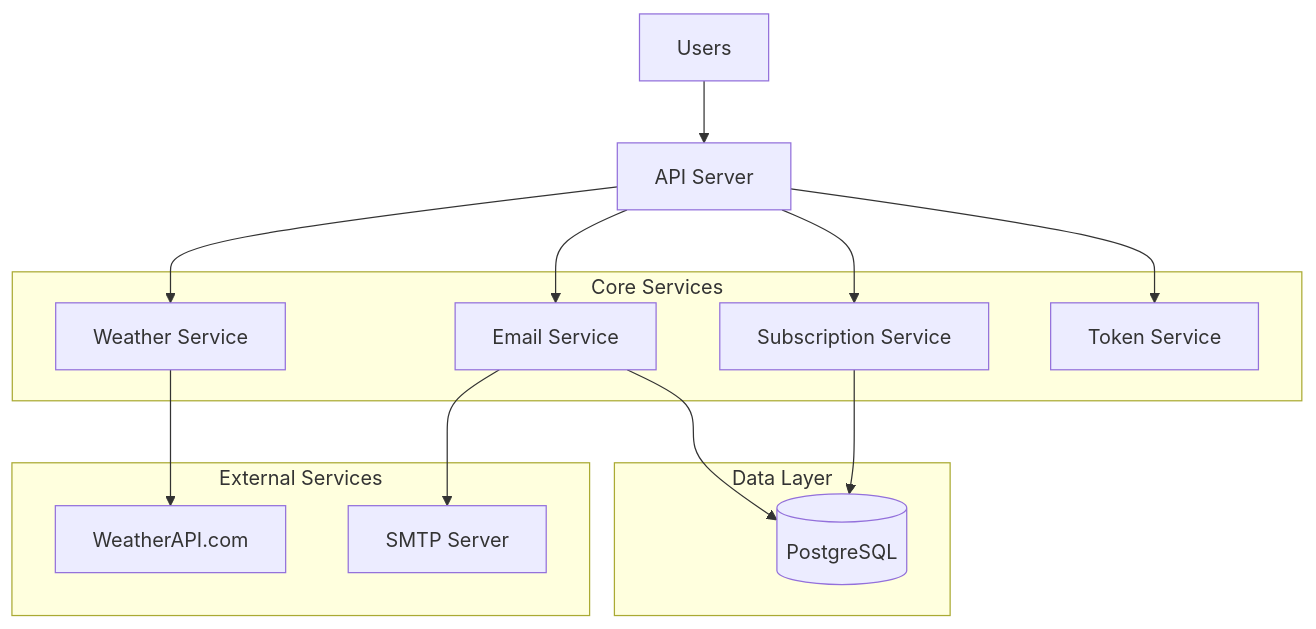
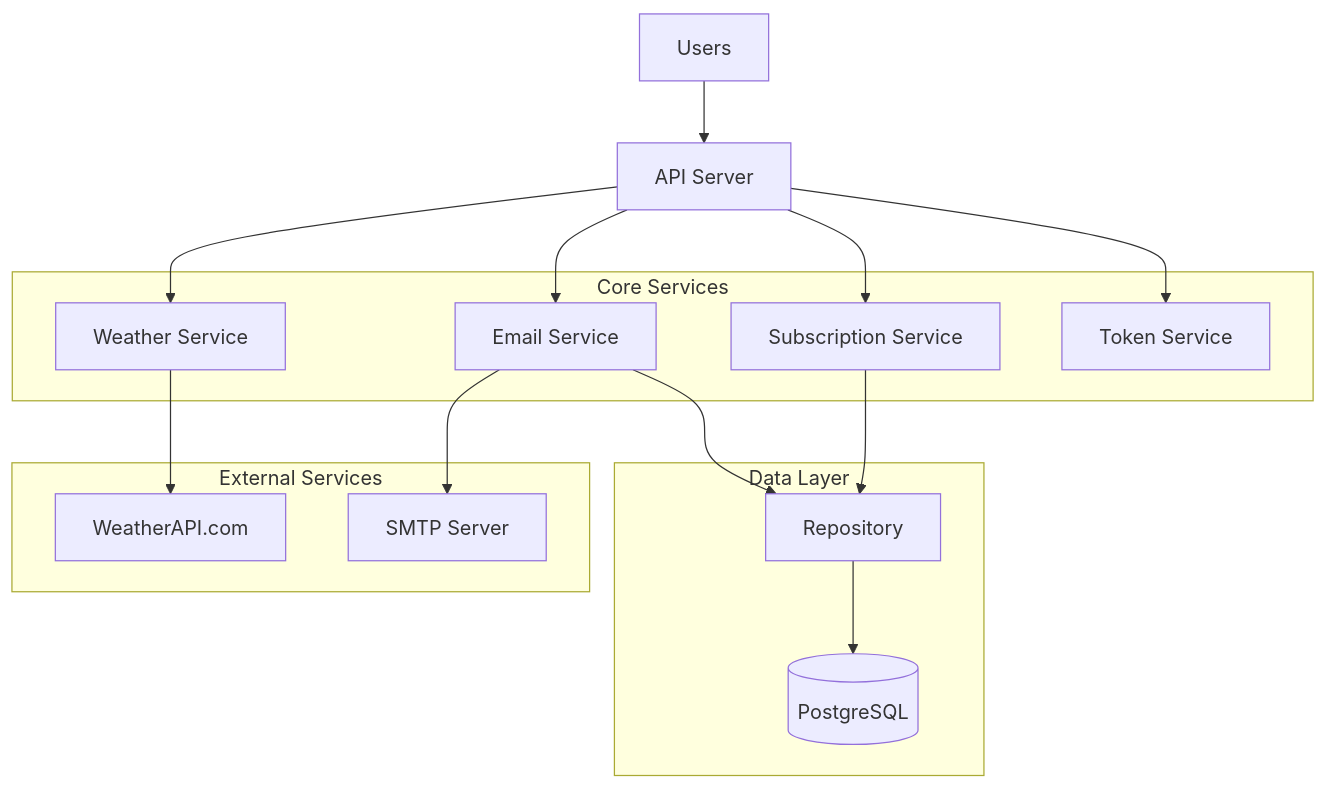
The first of 5 diagrams in docs/system-design.md (GenesisEducationKyiv/software-engineering-school-5-0-YuliiaAndreieva), drawn with Mermaid before and after one commit. The commit also changed other lines of this file, not shown here.

Commit message:
feat: updated diagrams in system design doc

````diff
--- a/docs/system-design.md
+++ b/docs/system-design.md
@@ -52,21 +52,27 @@
 ```mermaid
 flowchart TB
- subgraph subGraph0["Core Services"]
+    subgraph "Core Services"
         WS["Weather Service"]
         SS["Subscription Service"]
         ES["Email Service"]
         TS["Token Service"]
-  end
- subgraph subGraph1["Data Layer"]
+    end
+
+    subgraph "Data Layer"
         PG[("PostgreSQL")]
-  end
- subgraph subGraph2["External Services"]
+        Repo["Repository"]
+    end
+
+    subgraph "External Services"
         Weather["WeatherAPI.com"]
         Email["SMTP Server"]
-  end
+    end
+
     User["Users"] --> API["API Server"]
     API --> WS & SS & ES & TS
     WS --> Weather
-    ES --> Email & PG
-    SS --> PG
+    ES --> Email
+    SS --> Repo
+    ES --> Repo
+    Repo --> PG
 ```
````
